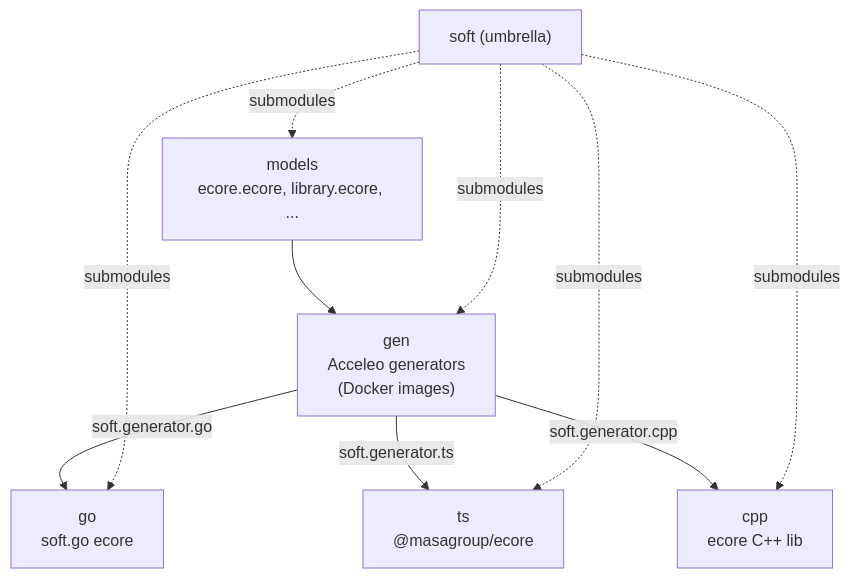
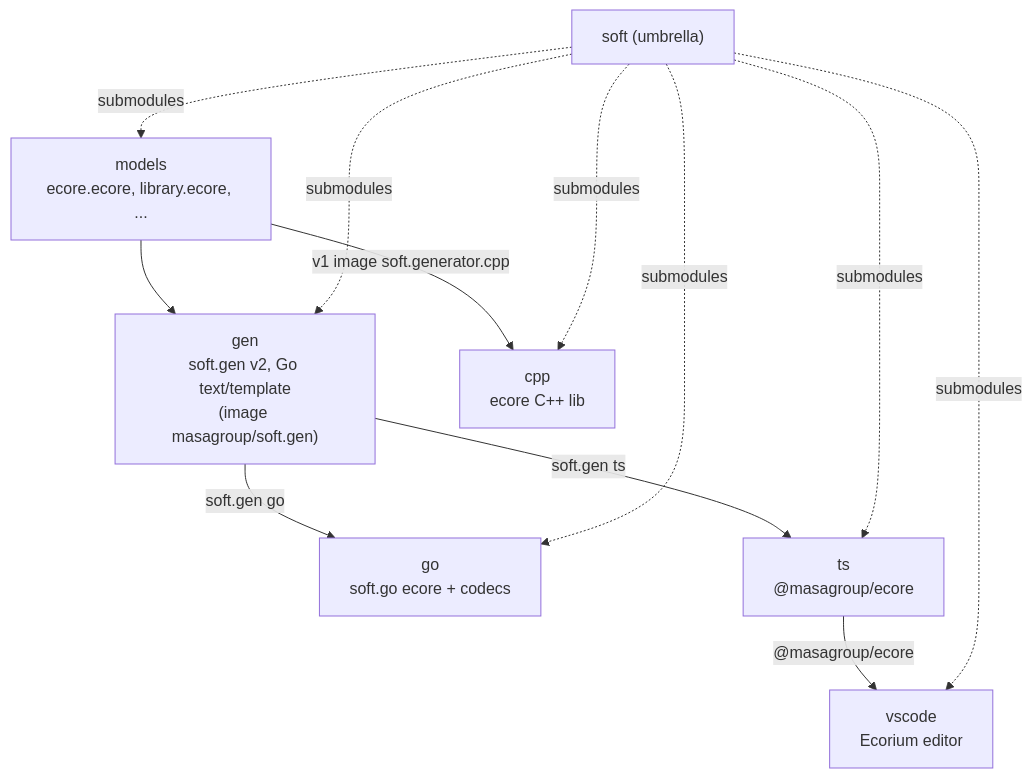
The first of 6 diagrams in ARCHITECTURE.md (masagroup/soft), drawn with Mermaid before and after one commit. The commit also changed other lines of this file and 1 other file, not shown here.

First line of the commit message:
docs: update ARCHITECTURE and CONTRIBUTING for soft.gen v2 and the new submodules

````diff
--- a/ARCHITECTURE.md
+++ b/ARCHITECTURE.md
@@ -18,12 +18,14 @@
 ```mermaid
 flowchart TB
     umb["soft (umbrella)"] -. submodules .-> models["models<br/>ecore.ecore, library.ecore, ..."]
-    models --> gen["gen<br/>Acceleo generators<br/>(Docker images)"]
-    gen -->|soft.generator.go| go["go<br/>soft.go ecore"]
-    gen -->|soft.generator.ts| ts["ts<br/>@masagroup/ecore"]
-    gen -->|soft.generator.cpp| cpp["cpp<br/>ecore C++ lib"]
+    models --> gen["gen<br/>soft.gen v2, Go text/template<br/>(image masagroup/soft.gen)"]
+    gen -->|soft.gen go| go["go<br/>soft.go ecore + codecs"]
+    gen -->|soft.gen ts| ts["ts<br/>@masagroup/ecore"]
+    models -->|"v1 image soft.generator.cpp"| cpp["cpp<br/>ecore C++ lib"]
+    ts -->|"@masagroup/ecore"| vscode["vscode<br/>Ecorium editor"]
     umb -. submodules .-> gen
     umb -. submodules .-> go
     umb -. submodules .-> ts
     umb -. submodules .-> cpp
+    umb -. submodules .-> vscode
 ```
````
